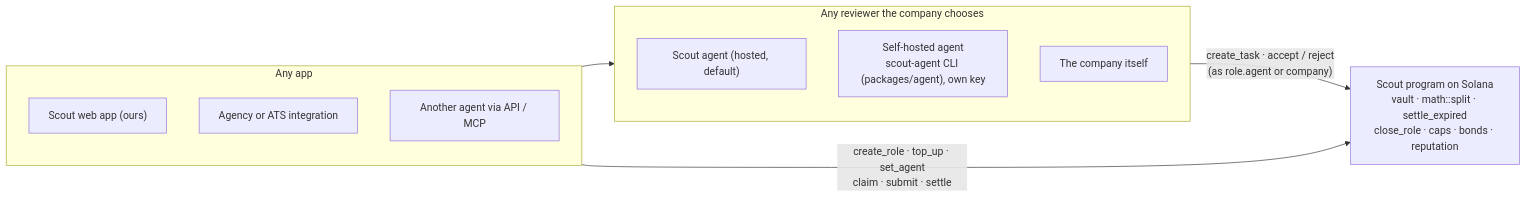
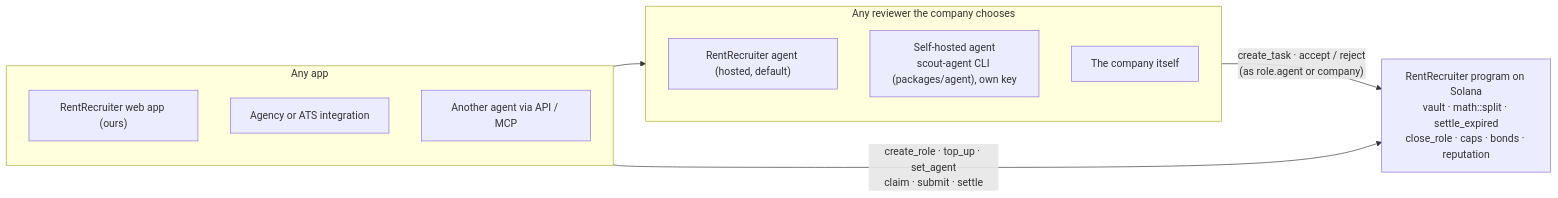
One commit to Solvro/web-rent-recruiter changed the diagram in README.md. Above: the diagram before and after it, drawn with Mermaid. The commit also changed other lines of this file and 33 other files, not shown here.

Commit message:
Rename the product to RentRecruiter (UI, notetaker, agent prompt, docs)

````diff
--- a/README.md
+++ b/README.md
@@ -17,17 +17,17 @@
 ```mermaid
 flowchart LR
   subgraph Apps["Any app"]
-    A1["Scout web app (ours)"]
+    A1["RentRecruiter web app (ours)"]
     A2["Agency or ATS integration"]
     A3["Another agent via API / MCP"]
   end
   subgraph Agents["Any reviewer the company chooses"]
-    G1["Scout agent (hosted, default)"]
+    G1["RentRecruiter agent (hosted, default)"]
     G2["Self-hosted agent<br/>scout-agent CLI (packages/agent), own key"]
     G3["The company itself"]
   end
-  P["Scout program on Solana<br/>vault · math::split · settle_expired<br/>close_role · caps · bonds · reputation"]
+  P["RentRecruiter program on Solana<br/>vault · math::split · settle_expired<br/>close_role · caps · bonds · reputation"]
   Apps --> Agents
   Agents -- "create_task · accept / reject<br/>(as role.agent or company)" --> P
   Apps -- "create_role · top_up · set_agent<br/>claim · submit · settle" --> P
 ```
````
